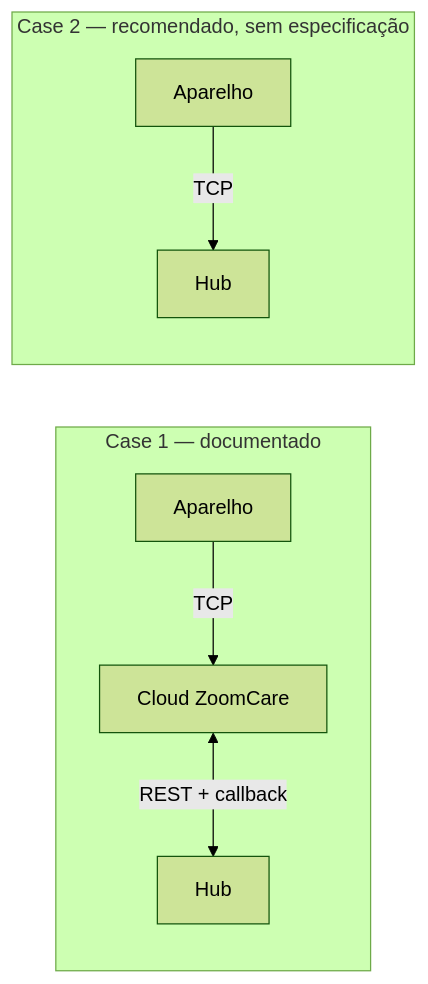
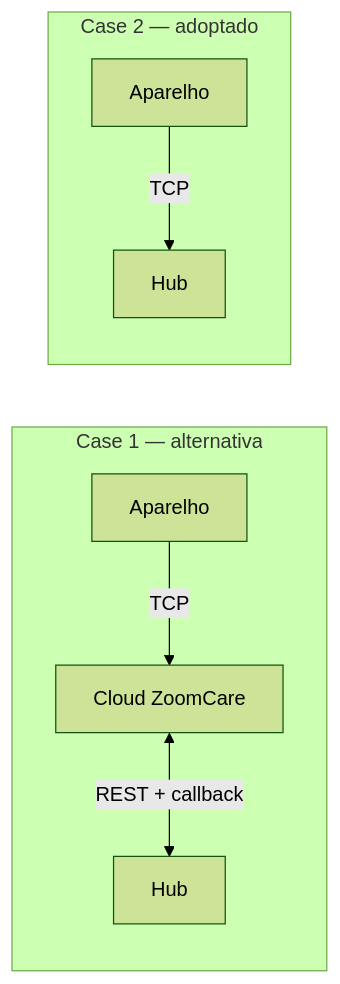
One commit to hvieira512/havicare-hub changed the diagram in docs/19-dispensador-de-comprimidos.md. Above: the diagram before and after it, drawn with Mermaid (forest theme). The commit also changed other lines of this file and 4 other files, not shown here.

````diff
--- a/docs/19-dispensador-de-comprimidos.md
+++ b/docs/19-dispensador-de-comprimidos.md
@@ -40,10 +58,10 @@
 ```mermaid
 flowchart LR
-  subgraph c1["Case 1 — documentado"]
+  subgraph c1["Case 1 — alternativa"]
     D1["Aparelho"] -->|TCP| Z1["Cloud ZoomCare"]
     Z1 <-->|"REST + callback"| H1["Hub"]
   end
-  subgraph c2["Case 2 — recomendado, sem especificação"]
+  subgraph c2["Case 2 — adoptado"]
     D2["Aparelho"] -->|TCP| H2["Hub"]
   end
 ```
````
